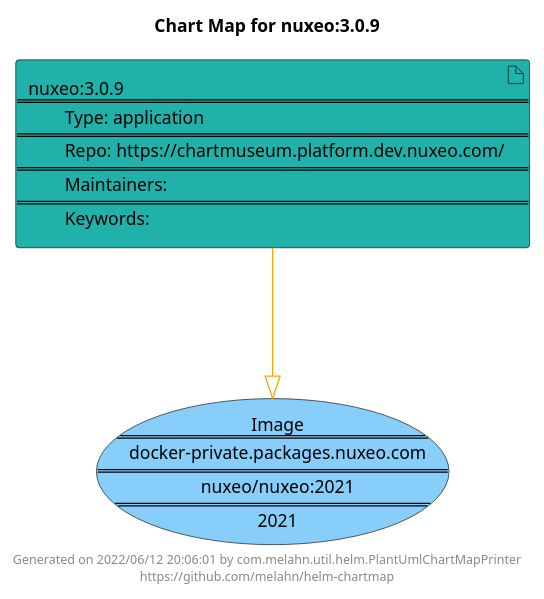
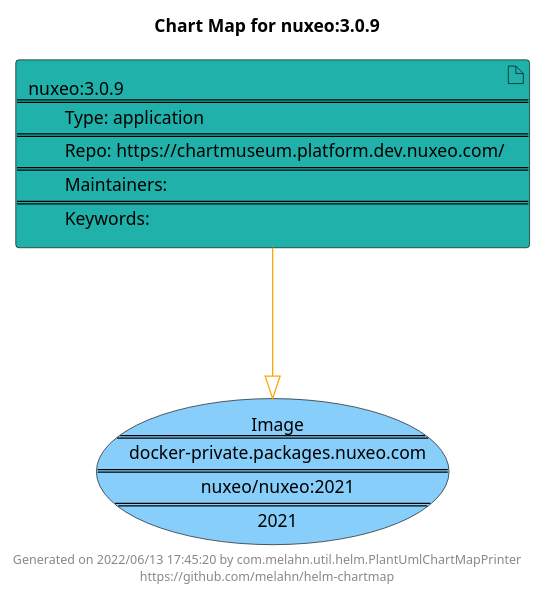
Before and after one commit to melahn/helm-chartmap: the diagram in docs/nuxeo/nuxeo-3.0.9.puml, drawn with PlantUML. The commit also changed 59 other files, not shown here.

Commit message:
Update Example Chart Maps as part of GitHub build

```diff
--- a/docs/nuxeo/nuxeo-3.0.9.puml
+++ b/docs/nuxeo/nuxeo-3.0.9.puml
@@ -1,21 +1,21 @@
 @startuml
 skinparam linetype ortho
 skinparam backgroundColor white
 skinparam usecaseBorderColor black
 skinparam usecaseArrowColor LightSlateGray
 skinparam artifactBorderColor black
 skinparam artifactArrowColor LightSlateGray
 
 title Chart Map for nuxeo:3.0.9
 
 'There is one referenced Helm Chart
 artifact "nuxeo:3.0.9\n====\n\tType: application\n====\n\tRepo: https://chartmuseum.platform.dev.nuxeo.com/\n====\n\tMaintainers: \n====\n\tKeywords: " as nuxeo_3_0_9 #LightSeaGreen
 
 'There is one referenced Docker Image
 usecase "Image\n====\ndocker-private.packages.nuxeo.com\n====\nnuxeo/nuxeo:2021\n====\n2021" as docker_private_packages_nuxeo_com_nuxeo_nuxeo_2021 #LightSkyBlue
 
 'Chart Dependencies
 nuxeo_3_0_9--[#orange]-|>docker_private_packages_nuxeo_com_nuxeo_nuxeo_2021
 
-center footer Generated on 2022/06/12 20:06:01 by com.melahn.util.helm.PlantUmlChartMapPrinter\nhttps://github.com/melahn/helm-chartmap
+center footer Generated on 2022/06/13 17:45:20 by com.melahn.util.helm.PlantUmlChartMapPrinter\nhttps://github.com/melahn/helm-chartmap
 @enduml
```
